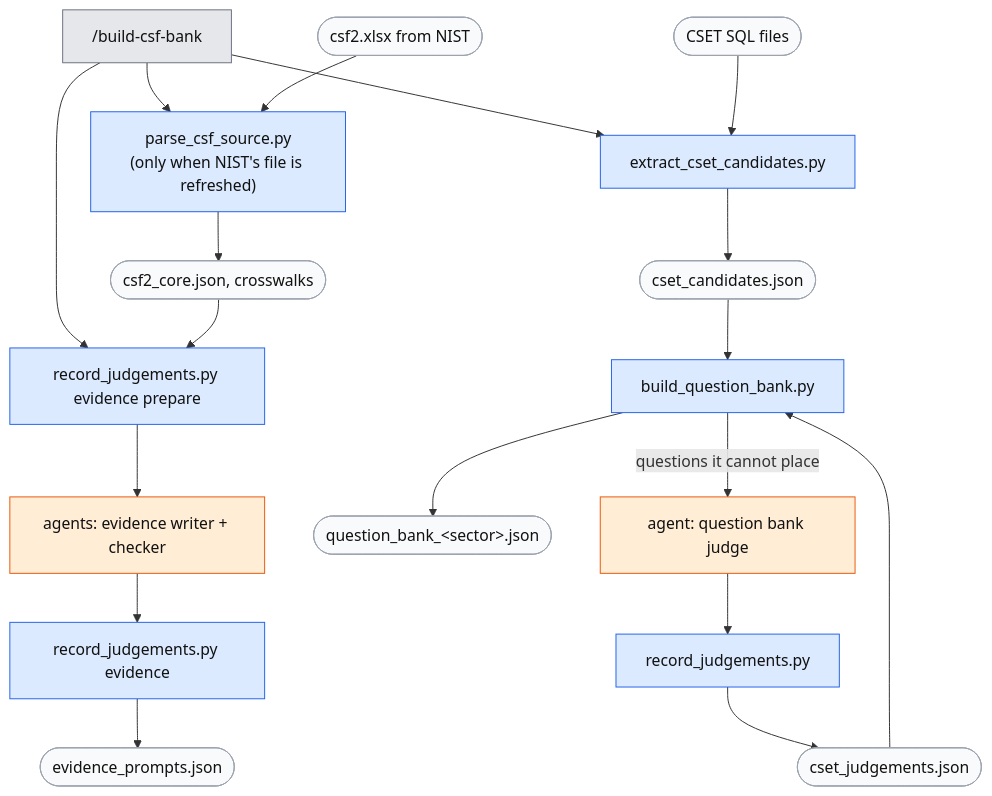
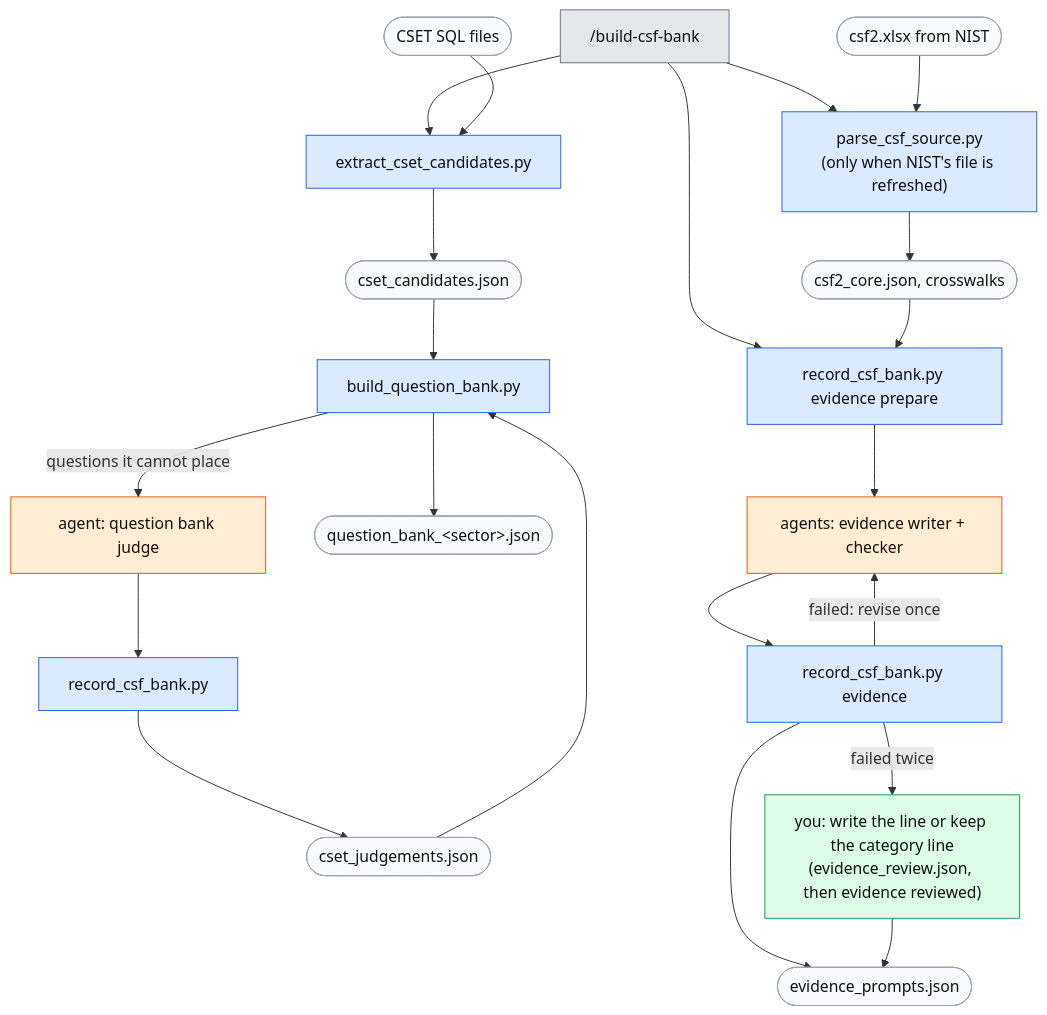
The second of 3 diagrams in docs/guide.md (srilekha82/csf-ai-self-assessment), drawn with Mermaid before and after one commit. The commit also changed other lines of this file and 14 other files, not shown here.

First line of the commit message:
record_csf_bank.py: bank building only; CSF evidence prompts follow rule 7

````diff
--- a/docs/guide.md
+++ b/docs/guide.md
@@ -146,18 +149,20 @@
 ```mermaid
 flowchart TD
     B["/build-csf-bank"]:::cmd --> PC["parse_csf_source.py<br/>(only when NIST's file is refreshed)"]:::script
     NIST([csf2.xlsx from NIST]):::file --> PC --> CORE([csf2_core.json, crosswalks]):::file
     B --> EX[extract_cset_candidates.py]:::script
     SQL([CSET SQL files]):::file --> EX --> CAND([cset_candidates.json]):::file --> BQB[build_question_bank.py]:::script
-    BQB -- "questions it cannot place" --> JA["agent: question bank judge"]:::agent --> RJ[record_judgements.py]:::script --> JS([cset_judgements.json]):::file --> BQB
+    BQB -- "questions it cannot place" --> JA["agent: question bank judge"]:::agent --> RJ[record_csf_bank.py]:::script --> JS([cset_judgements.json]):::file --> BQB
     BQB --> BANK([question_bank_&lt;sector&gt;.json]):::file
-    B --> EP["record_judgements.py evidence prepare"]:::script
-    CORE --> EP --> EW["agents: evidence writer + checker"]:::agent --> RE["record_judgements.py evidence"]:::script --> EVP([evidence_prompts.json]):::file
+    B --> EP["record_csf_bank.py evidence prepare"]:::script
+    CORE --> EP --> EW["agents: evidence writer + checker"]:::agent --> RE["record_csf_bank.py evidence"]:::script --> EVP([evidence_prompts.json]):::file
+    RE -- "failed: revise once" --> EW
+    RE -- "failed twice" --> YOU["you: write the line or keep the category line<br/>(evidence_review.json, then evidence reviewed)"]:::you --> EVP
 
     classDef cmd fill:#e5e7eb,stroke:#6b7280,color:#111
     classDef script fill:#dbeafe,stroke:#2563eb,color:#111
     classDef agent fill:#ffedd5,stroke:#ea580c,color:#111
     classDef you fill:#dcfce7,stroke:#16a34a,color:#111
     classDef file fill:#f9fafb,stroke:#9ca3af,color:#111
     classDef stop fill:#fee2e2,stroke:#dc2626,color:#111
 ```
````
